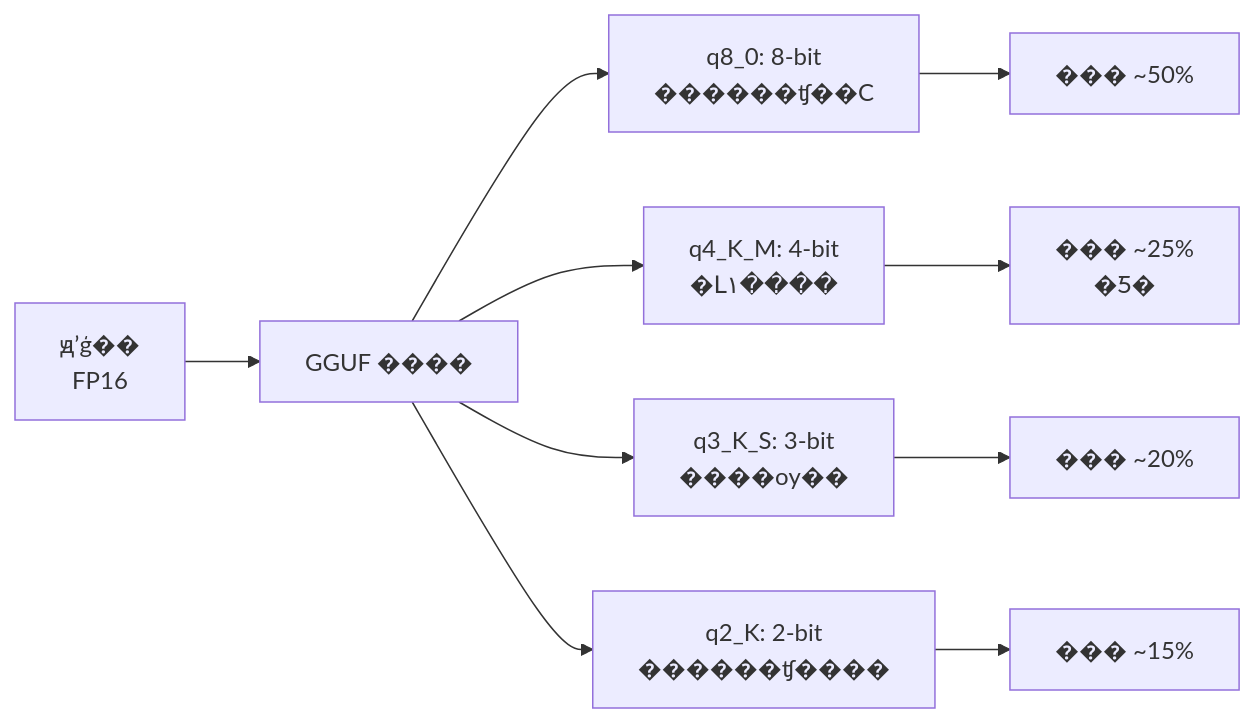
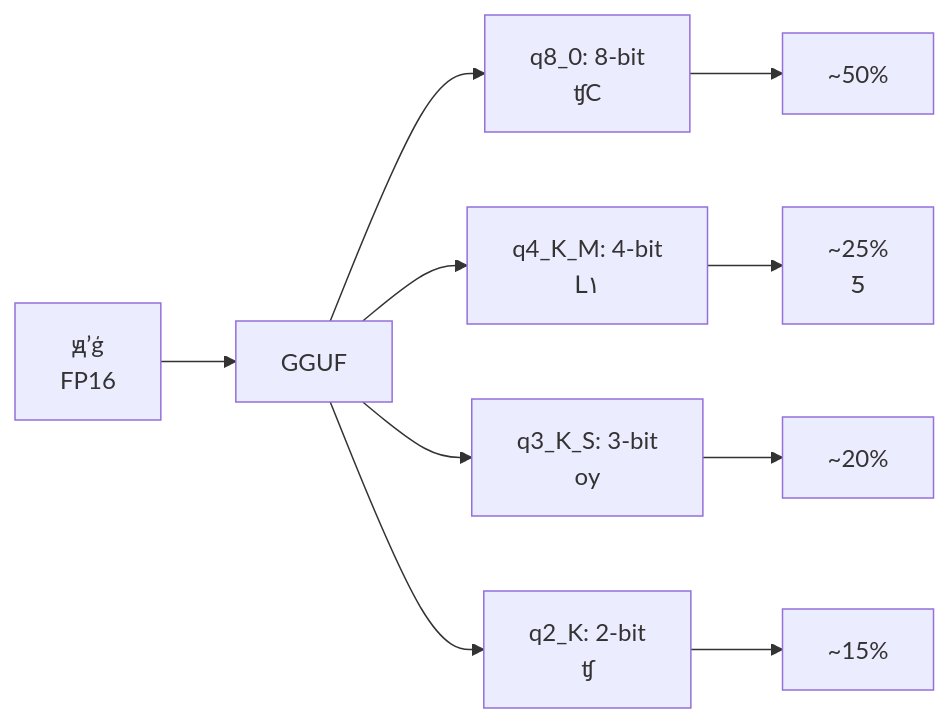
Before and after one commit to TimeHunter618/hugo-maid-code: the fifth of 9 diagrams in content/post/ai-interview/大模型如何做本地化部署.zh-CN.md, drawn with Mermaid. The commit also changed other lines of this file and 55 other files, not shown here.

````diff
--- a/content/post/ai-interview/大模型如何做本地化部署.zh-CN.md
+++ b/content/post/ai-interview/大模型如何做本地化部署.zh-CN.md
@@ -303,13 +303,13 @@
 ```mermaid
 graph LR
-    A[ԭʼģ��<br/>FP16] --> B[GGUF ����]
-    B --> C[q8_0: 8-bit<br/>������ʧ��С]
-    B --> D[q4_K_M: 4-bit<br/>�Լ۱����]
-    B --> E[q3_K_S: 3-bit<br/>����ѹ��]
-    B --> F[q2_K: 2-bit<br/>������ʧ����]
+    A[ԭʼģ<br/>FP16] --> B[GGUF ]
+    B --> C[q8_0: 8-bit<br/>ʧС]
+    B --> D[q4_K_M: 4-bit<br/>Լ۱]
+    B --> E[q3_K_S: 3-bit<br/>ѹ]
+    B --> F[q2_K: 2-bit<br/>ʧ]
 
-    C --> G[��� ~50%]
-    D --> H[��� ~25%<br/>�Ƽ�]
-    E --> I[��� ~20%]
-    F --> J[��� ~15%]
+    C --> G[ ~50%]
+    D --> H[ ~25%<br/>Ƽ]
+    E --> I[ ~20%]
+    F --> J[ ~15%]
 ```
````
